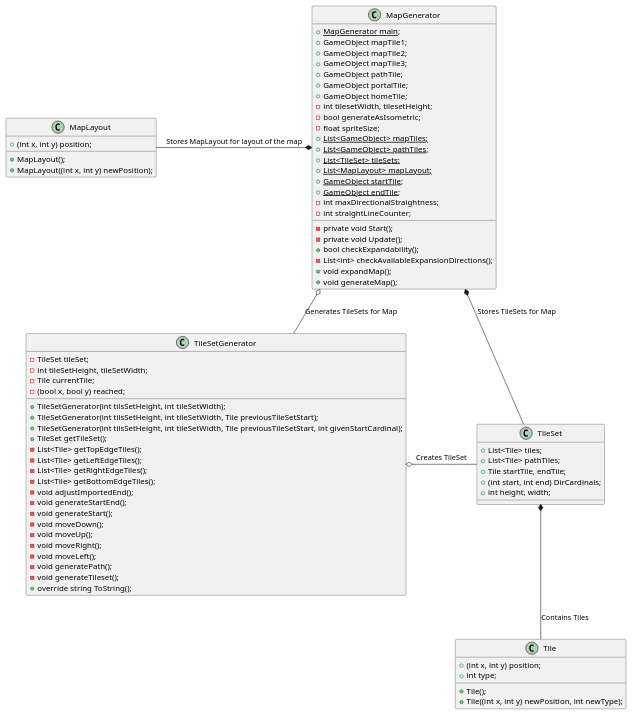
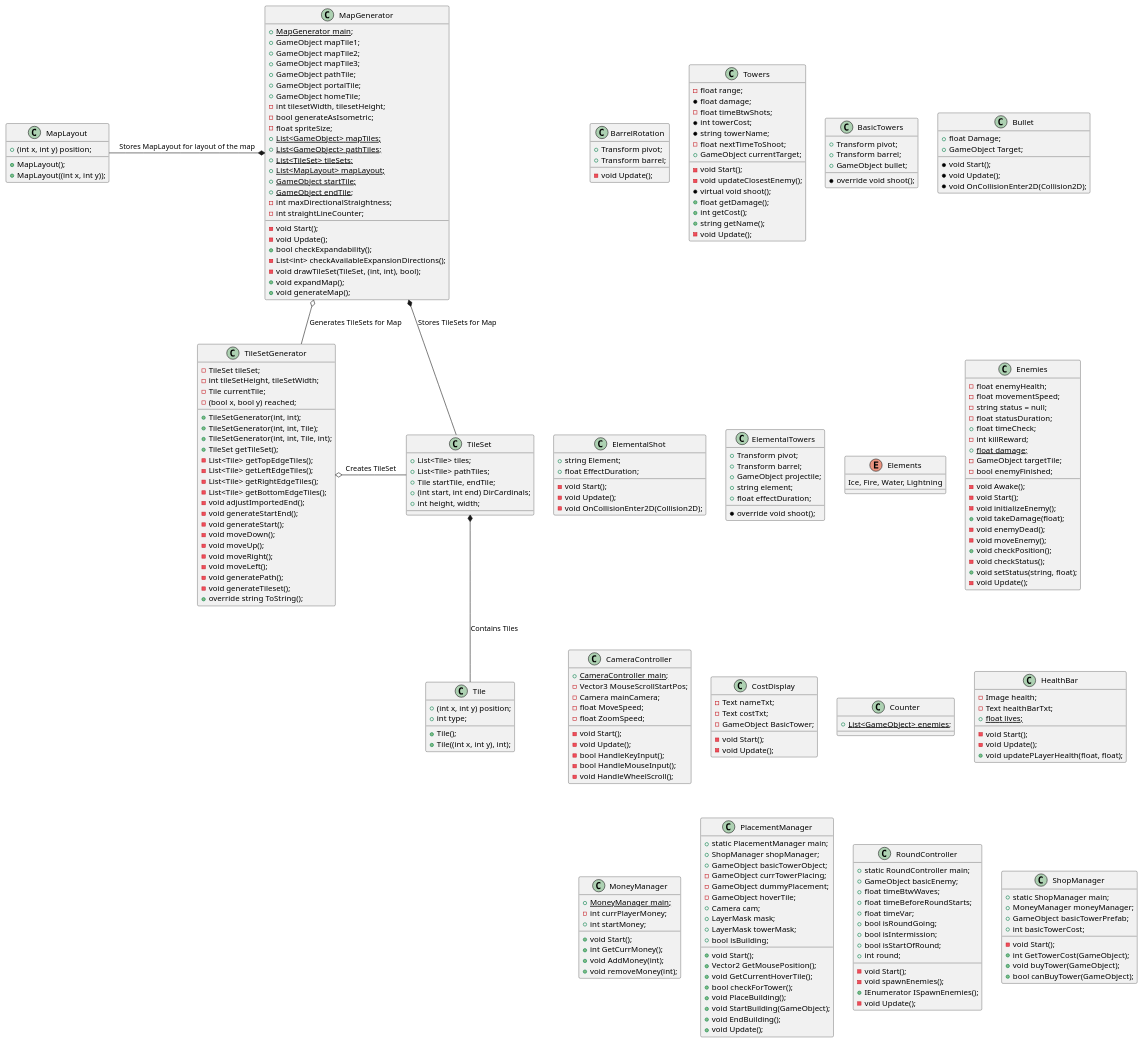
Before and after one commit to fsu-fall2022-capstone/Project-Group-4: the diagram in Docs/Diagrams/PlantUML/ClassDiagram.wsd, drawn with PlantUML.

Commit message:
rest of the classes

```diff
--- a/Docs/Diagrams/PlantUML/ClassDiagram.wsd
+++ b/Docs/Diagrams/PlantUML/ClassDiagram.wsd
@@ -3,13 +3,13 @@
         + {field} (int x, int y) position;
         + int type;
         + Tile();
-        + Tile((int x, int y) newPosition, int newType);
+        + Tile((int x, int y), int);
     }
 
     class MapLayout {
         + {field} (int x, int y) position;
         + MapLayout();
-        + MapLayout((int x, int y) newPosition);
+        + MapLayout((int x, int y));
     }
 
     class TileSet {
@@ -25,9 +25,9 @@
         - int tileSetHeight, tileSetWidth;
         - Tile currentTile;
         - {field} (bool x, bool y) reached;
-        + TileSetGenerator(int tilsSetHeight, int tileSetWidth);
-        + TileSetGenerator(int tilsSetHeight, int tileSetWidth, Tile previousTileSetStart);
-        + TileSetGenerator(int tilsSetHeight, int tileSetWidth, Tile previousTileSetStart, int givenStartCardinal);
+        + TileSetGenerator(int, int);
+        + TileSetGenerator(int, int, Tile);
+        + TileSetGenerator(int, int, Tile, int);
         + TileSet getTileSet();
         - List<Tile> getTopEdgeTiles();
         - List<Tile> getLeftEdgeTiles();
@@ -64,10 +64,11 @@
         + {static} GameObject endTile;
         - int maxDirectionalStraightness;
         - int straightLineCounter;
-        - private void Start();
-        - private void Update();
+        - void Start();
+        - void Update();
         + bool checkExpandability();
         - List<int> checkAvailableExpansionDirections();
+        - void drawTileSet(TileSet, (int, int), bool);
         + void expandMap();
         + void generateMap();
     }
@@ -77,4 +78,178 @@
     TileSetGenerator o- TileSet: Creates TileSet
     TileSet *-- Tile: Contains Tiles
     MapGenerator *-- TileSet: Stores TileSets for Map
+
+    class BarrelRotation {
+        + Transform pivot;
+        + Transform barrel;
+        - void Update();
+    }
+
+    class Towers {
+        - float range;
+        * float damage;
+        - float timeBtwShots;
+        * int towerCost;
+        * string towerName;
+        - float nextTimeToShoot;
+        + GameObject currentTarget;
+        - void Start();
+        - void updateClosestEnemy();
+        * virtual void shoot();
+        + float getDamage();
+        + int getCost();
+        + string getName();
+        - void Update();
+    }
+
+    class BasicTowers {
+        + Transform pivot;
+        + Transform barrel;
+        + GameObject bullet;
+        * override void shoot();
+    }
+
+    class Bullet {
+        + float Damage;
+        + GameObject Target;
+        * void Start();
+        * void Update();
+        * void OnCollisionEnter2D(Collision2D);
+    }
+
+    class ElementalShot {
+        + string Element;
+        + float EffectDuration;
+        - void Start();
+        - void Update();
+        - void OnCollisionEnter2D(Collision2D);
+    }
+
+    class ElementalTowers {
+        + Transform pivot;
+        + Transform barrel;
+        + GameObject projectile;
+        + string element;
+        + float effectDuration;
+        * override void shoot();
+    }
+
+    enum Elements {
+        Ice, Fire, Water, Lightning
+    }
+
+
+    class Enemies {
+        - float enemyHealth;
+        - float movementSpeed;
+        - string status = null;
+        - float statusDuration;
+        + float timeCheck;
+        - int killReward;
+        + {static} float damage;
+        - GameObject targetTile;
+        - bool enemyFinished;
+        - void Awake();
+        - void Start();
+        - void initializeEnemy();
+        + void takeDamage(float);
+        - void enemyDead();
+        - void moveEnemy();
+        + void checkPosition();
+        - void checkStatus();
+        + void setStatus(string, float);
+        - void Update();
+    }
+
+    class CameraController {
+        + {static} CameraController main;
+        - Vector3 MouseScrollStartPos;
+        - Camera mainCamera;
+        - float MoveSpeed;
+        - float ZoomSpeed;
+        - void Start();
+        - void Update();
+        - bool HandleKeyInput();
+        - bool HandleMouseInput();
+        - void HandleWheelScroll();
+    }
+
+    class CostDisplay {
+        - Text nameTxt;
+        - Text costTxt;
+        - GameObject BasicTower;
+        - void Start();
+        - void Update();
+    }
+
+    class Counter {
+        + {static} List<GameObject> enemies;
+    }
+
+    class HealthBar {
+        - Image health;
+        - Text healthBarTxt;
+        + {static} float lives;
+        - void Start();
+        - void Update();
+        + void updatePLayerHealth(float, float);
+    }
+
+    class MoneyManager {
+        + {static} MoneyManager main;
+        - int currPlayerMoney;
+        + int startMoney;
+        + void Start();
+        + int GetCurrMoney();
+        + void AddMoney(int);
+        + void removeMoney(int);
+    }
+
+    class PlacementManager {
+        + static PlacementManager main;
+        + ShopManager shopManager;
+        + GameObject basicTowerObject;
+        - GameObject currTowerPlacing;
+        - GameObject dummyPlacement;
+        - GameObject hoverTile;
+        + Camera cam;
+        + LayerMask mask;
+        + LayerMask towerMask;
+        + bool isBuilding;
+        + void Start();
+        + Vector2 GetMousePosition();
+        + void GetCurrentHoverTile();
+        + bool checkForTower();
+        + void PlaceBuilding();
+        + void StartBuilding(GameObject);
+        + void EndBuilding();
+        + void Update();
+    }
+
+    class RoundController {
+        + static RoundController main;
+        + GameObject basicEnemy;
+        + float timeBtwWaves;
+        + float timeBeforeRoundStarts;
+        + float timeVar;
+        + bool isRoundGoing;
+        + bool isIntermission;
+        + bool isStartOfRound;
+        + int round;
+        - void Start();
+        - void spawnEnemies();
+        + IEnumerator ISpawnEnemies();
+        - void Update();
+    }
+
+    class ShopManager {
+        + static ShopManager main;
+        + MoneyManager moneyManager;
+        + GameObject basicTowerPrefab;
+        + int basicTowerCost;
+        - void Start();
+        + int GetTowerCost(GameObject);
+        + void buyTower(GameObject);
+        + bool canBuyTower(GameObject);
+    }
 @enduml
```
